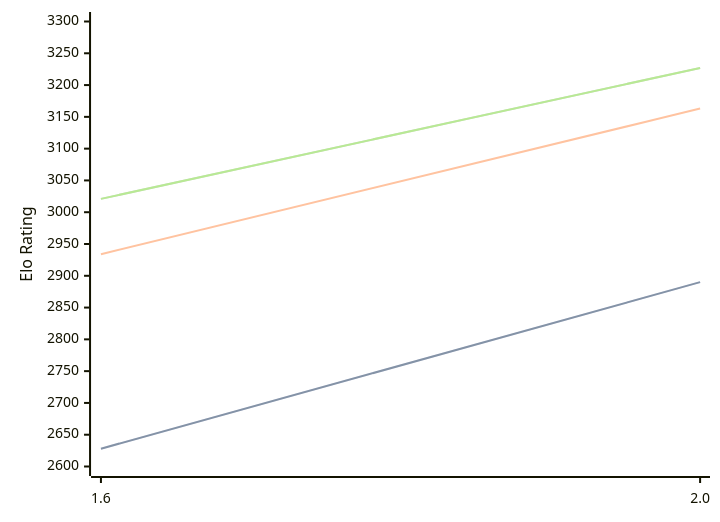
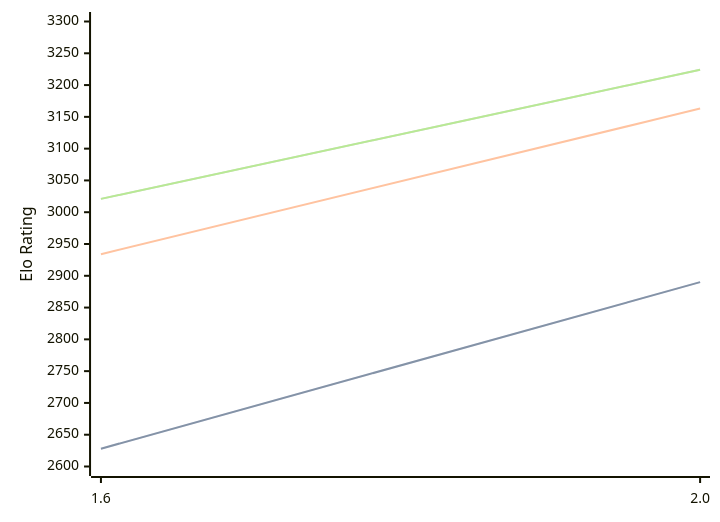
The diagram in engines/Onyx.md (computer-chess-index/cci), drawn with Mermaid before and after one commit. The commit also changed other lines of this file, not shown here.

Commit message:
Update CCI Ratings (ELO VLTC) - 2026-09-06

````diff
--- a/engines/Onyx.md
+++ b/engines/Onyx.md
@@ -32,11 +32,11 @@
 ```mermaid
 %%{init: {"theme":"base","themeVariables":{"seriesColors:['#a3a3a3','#222221','#faa371']}}}%%
 xychart-beta
   x-axis ["1.6", "2.0"]
   y-axis "Elo Rating" 2600 --> 3300
   line "" [2628, 2890]
   line "STC (8.0+0.08s)" [2628, 2890]
   line "LTC (60.0+0.60s)" [2934, 3163]
-  line "" [3021, 3227]
-  line "VLTC (2m24s+1.12s)" [3021, 3227]
+  line "" [3021, 3224]
+  line "VLTC (2m24s+1.12s)" [3021, 3224]
 ```
````
